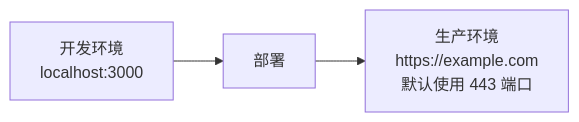
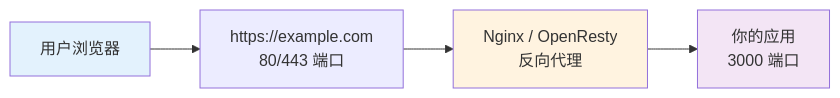
The diagram in docs/Advanced/01-environment-setup/08-localhost-and-ports.md (Zeeeepa/vibe-vibe), drawn with Mermaid before and after one commit. The commit also changed other lines of this file and 7 other files, not shown here.

````diff
--- a/docs/Advanced/01-environment-setup/08-localhost-and-ports.md
+++ b/docs/Advanced/01-environment-setup/08-localhost-and-ports.md
@@ -276,5 +214,10 @@
 ```mermaid
 graph LR
-    A[开发环境<br/>localhost:3000] --> B[部署]
-    B --> C[生产环境<br/>https://example.com<br/>默认使用 443 端口]
+    A[用户浏览器] --> B[https://example.com<br/>80/443 端口]
+    B --> C[Nginx / OpenResty<br/>反向代理]
+    C --> D[你的应用<br/>3000 端口]
+
+    style A fill:#e3f2fd
+    style C fill:#fff3e0
+    style D fill:#f3e5f5
 ```
````
